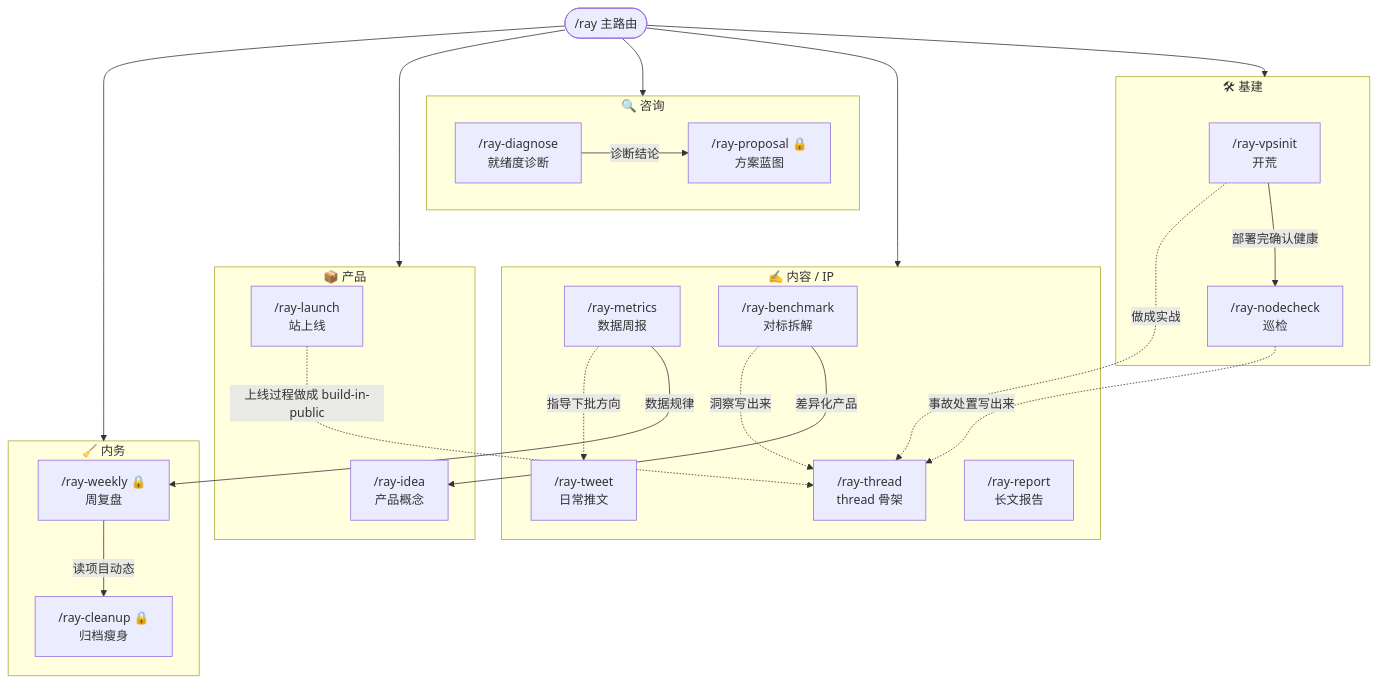
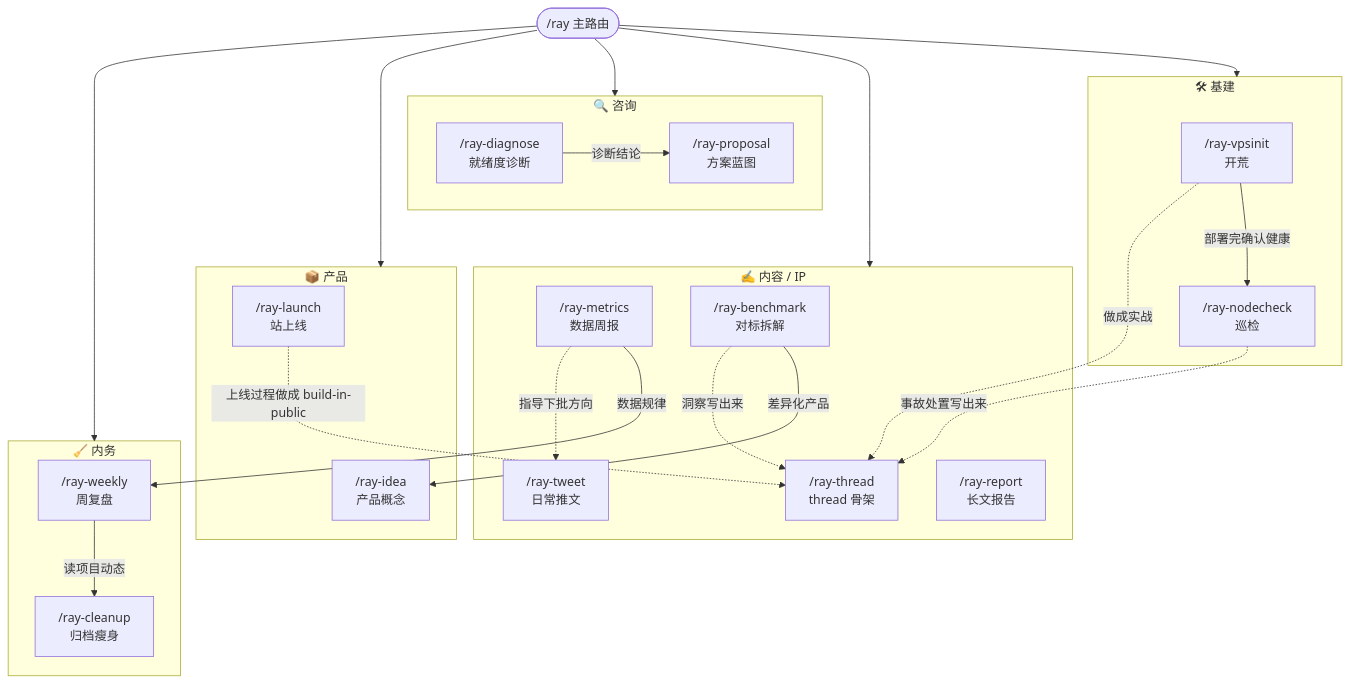
One commit to imraywang/rayskills changed the diagram in docs/skill-link-map.md. Above: the diagram before and after it, drawn with Mermaid. The commit also changed other lines of this file and 3 other files, not shown here.

````diff
--- a/docs/skill-link-map.md
+++ b/docs/skill-link-map.md
@@ -5,42 +5,42 @@
 ```mermaid
 flowchart TD
     RAY(["/ray 主路由"])
 
     subgraph INFRA["🛠 基建"]
         VPSINIT["/ray-vpsinit\n开荒"]
         NODECHECK["/ray-nodecheck\n巡检"]
     end
     subgraph CONTENT["✍️ 内容 / IP"]
         THREAD["/ray-thread\nthread 骨架"]
         TWEET["/ray-tweet\n日常推文"]
         METRICS["/ray-metrics\n数据周报"]
         BENCH["/ray-benchmark\n对标拆解"]
         REPORT["/ray-report\n长文报告"]
     end
     subgraph CONSULT["🔍 咨询"]
         DIAG["/ray-diagnose\n就绪度诊断"]
-        PROP["/ray-proposal 🔒\n方案蓝图"]
+        PROP["/ray-proposal\n方案蓝图"]
     end
     subgraph PRODUCT["📦 产品"]
         ANVIL["/ray-idea\n产品概念"]
         LAUNCH["/ray-launch\n站上线"]
     end
     subgraph OPS["🧹 内务"]
-        WEEKLY["/ray-weekly 🔒\n周复盘"]
-        CLEANUP["/ray-cleanup 🔒\n归档瘦身"]
+        WEEKLY["/ray-weekly\n周复盘"]
+        CLEANUP["/ray-cleanup\n归档瘦身"]
     end
 
     RAY --> INFRA & CONTENT & CONSULT & PRODUCT & OPS
 
     %% 常见衔接
     DIAG -->|诊断结论| PROP
     VPSINIT -->|部署完确认健康| NODECHECK
     VPSINIT -.->|做成实战| THREAD
     NODECHECK -.->|事故处置写出来| THREAD
     LAUNCH -.->|上线过程做成 build-in-public| THREAD
     BENCH -->|差异化产品| ANVIL
     BENCH -.->|洞察写出来| THREAD
     METRICS -->|数据规律| WEEKLY
     METRICS -.->|指导下批方向| TWEET
     WEEKLY -->|读项目动态| CLEANUP
 ```
````
